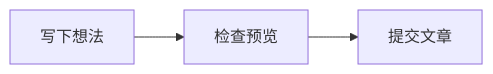
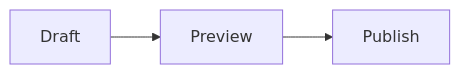
One commit to haiqingma989-cell/blog changed the diagram in content/posts/markdown-writing-guide.md. Above: the diagram before and after it, drawn with Mermaid. The commit also changed other lines of this file and 14 other files, not shown here.

````diff
--- a/content/posts/markdown-writing-guide.md
+++ b/content/posts/markdown-writing-guide.md
@@ -62,5 +58,5 @@
 ```mermaid
 graph LR
- A[写下想法] --> B[检查预览]
- B --> C[提交文章]
+ A[Draft] --> B[Preview]
+ B --> C[Publish]
 ```
````
